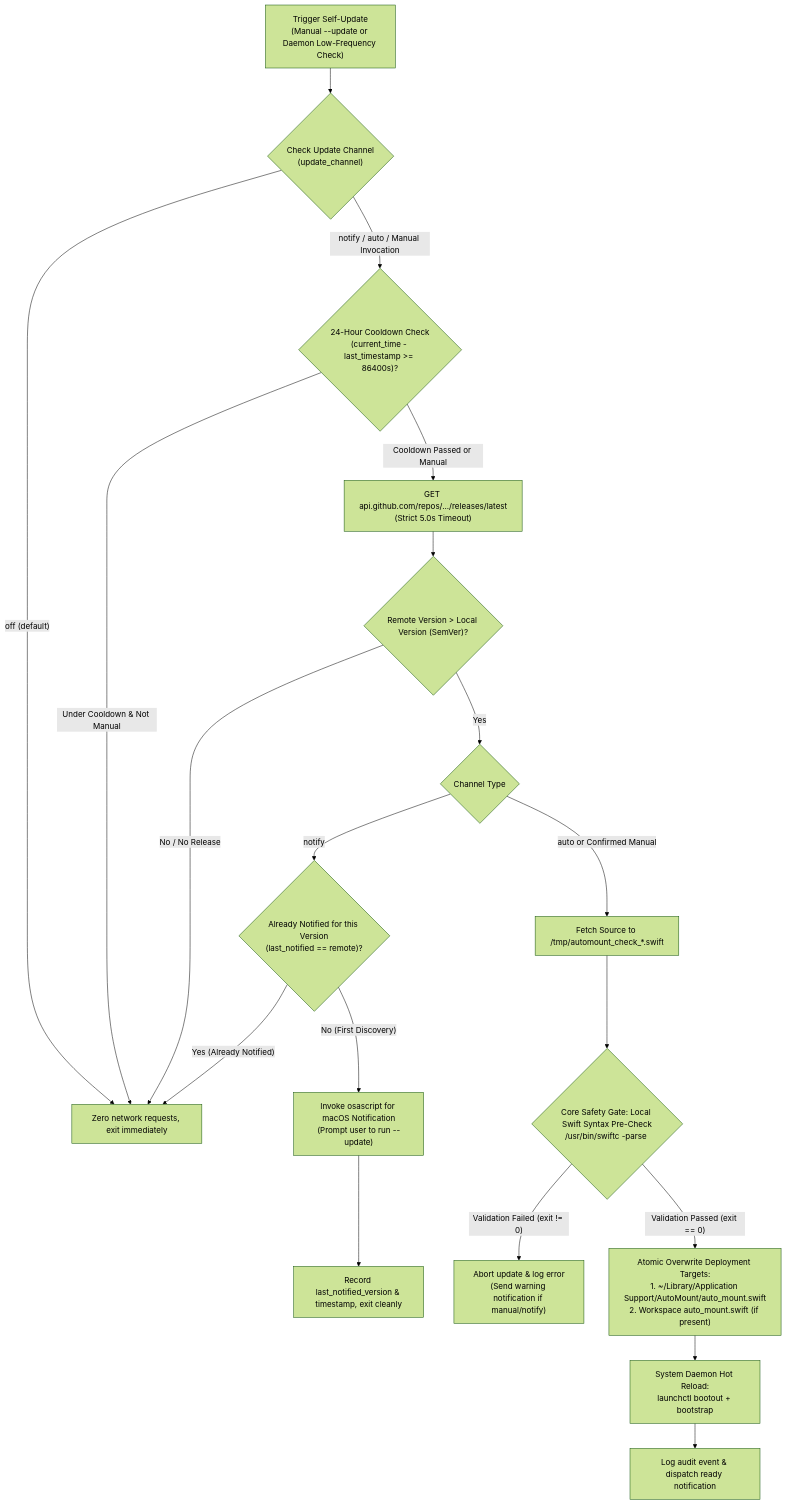
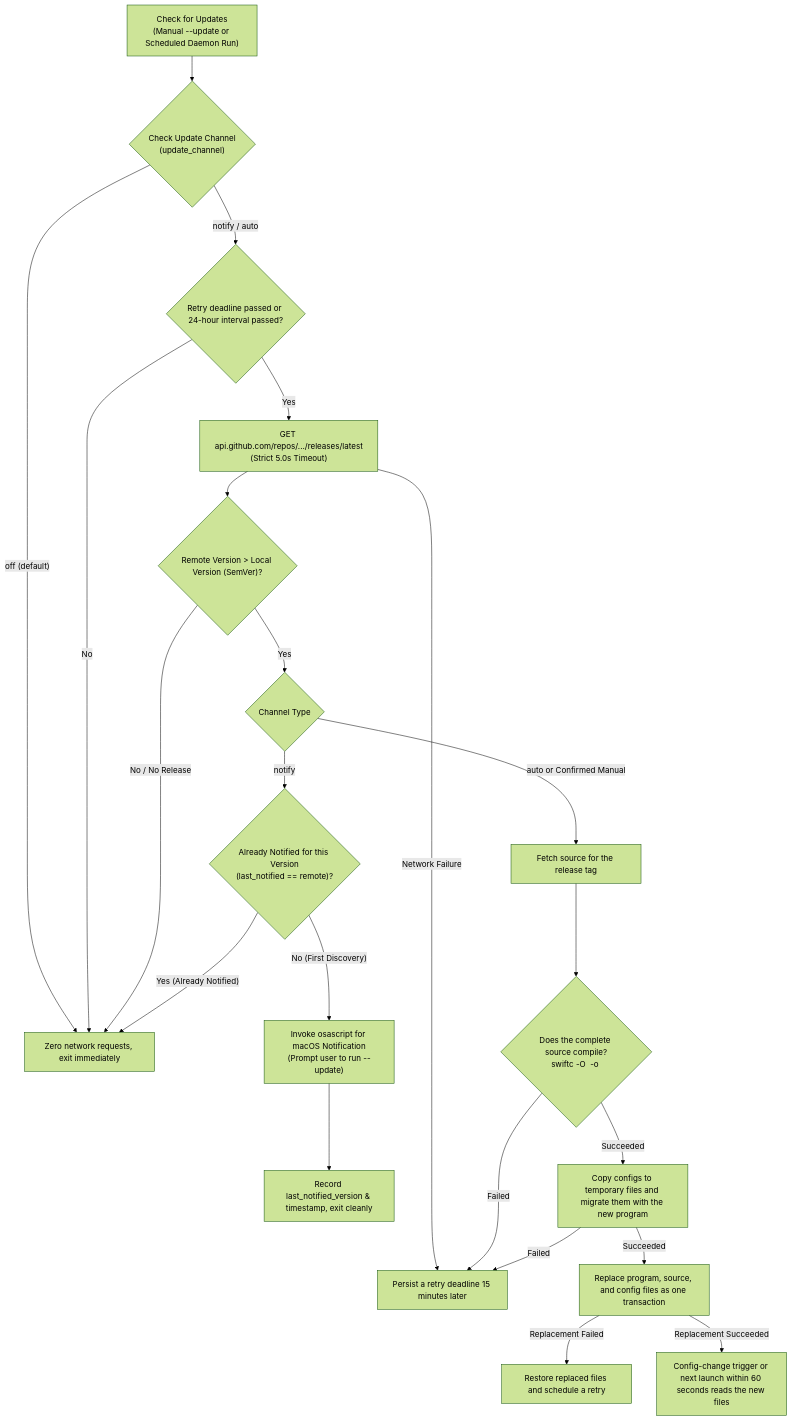
One commit to jiezhengj/automnt changed the second of 3 diagrams in ARCHITECTURE.en.md. Above: the diagram before and after it, drawn with Mermaid (forest theme). The commit also changed other lines of this file and 74 other files, not shown here.

````diff
--- a/ARCHITECTURE.en.md
+++ b/ARCHITECTURE.en.md
@@ -313,27 +203,30 @@
 ```mermaid
 flowchart TD
-    Trigger["Trigger Self-Update\n(Manual --update or Daemon Low-Frequency Check)"] --> CheckChannel{"Check Update Channel\n(update_channel)"}
+    Trigger["Check for Updates\n(Manual --update or Scheduled Daemon Run)"] --> CheckChannel{"Check Update Channel\n(update_channel)"}
     CheckChannel -- "off (default)" --> SkipUpdate["Zero network requests, exit immediately"]
-    CheckChannel -- "notify / auto / Manual Invocation" --> CooldownCheck{"24-Hour Cooldown Check\n(current_time - last_timestamp >= 86400s)?"}
+    CheckChannel -- "notify / auto" --> CooldownCheck{"Retry deadline passed or 24-hour interval passed?"}
     
-    CooldownCheck -- "Under Cooldown & Not Manual" --> SkipUpdate
-    CooldownCheck -- "Cooldown Passed or Manual" --> FetchRelease["GET api.github.com/repos/.../releases/latest\n(Strict 5.0s Timeout)"]
+    CooldownCheck -- "No" --> SkipUpdate
+    CooldownCheck -- "Yes" --> FetchRelease["GET api.github.com/repos/.../releases/latest\n(Strict 5.0s Timeout)"]
     
     FetchRelease --> ParseSemVer{"Remote Version > Local Version (SemVer)?"}
+    FetchRelease -- "Network Failure" --> Retry["Persist a retry deadline 15 minutes later"]
     ParseSemVer -- "No / No Release" --> SkipUpdate
     ParseSemVer -- "Yes" --> ChannelBranch{"Channel Type"}
     
     ChannelBranch -- "notify" --> CheckNotified{"Already Notified for this Version\n(last_notified == remote)?"}
     CheckNotified -- "Yes (Already Notified)" --> SkipUpdate
     CheckNotified -- "No (First Discovery)" --> SendBanner["Invoke osascript for macOS Notification\n(Prompt user to run --update)"]
     SendBanner --> UpdateTimestamp["Record last_notified_version & timestamp, exit cleanly"]
     
-    ChannelBranch -- "auto or Confirmed Manual" --> DownloadSource["Fetch Source to /tmp/automount_check_*.swift"]
-    DownloadSource --> SyntaxGate{"Core Safety Gate: Local Swift Syntax Pre-Check\n/usr/bin/swiftc -parse <temp_file>"}
+    ChannelBranch -- "auto or Confirmed Manual" --> DownloadSource["Fetch source for the release tag"]
+    DownloadSource --> BuildGate{"Does the complete source compile?\nswiftc -O <staged_source> -o <staged_binary>"}
     
-    SyntaxGate -- "Validation Failed (exit != 0)" --> AbortRollback["Abort update & log error\n(Send warning notification if manual/notify)"]
-    SyntaxGate -- "Validation Passed (exit == 0)" --> AtomicDeploy["Atomic Overwrite Deployment Targets:\n1. ~/Library/Application Support/AutoMount/auto_mount.swift\n2. Workspace auto_mount.swift (if present)"]
+    BuildGate -- "Failed" --> Retry
+    BuildGate -- "Succeeded" --> StageConfigs["Copy configs to temporary files and migrate them with the new program"]
     
-    AtomicDeploy --> ServiceReload["System Daemon Hot Reload:\nlaunchctl bootout + bootstrap"]
-    ServiceReload --> Complete["Log audit event & dispatch ready notification"]
+    StageConfigs -- "Failed" --> Retry
+    StageConfigs -- "Succeeded" --> AtomicDeploy["Replace program, source, and config files as one transaction"]
+    AtomicDeploy -- "Replacement Failed" --> Rollback["Restore replaced files and schedule a retry"]
+    AtomicDeploy -- "Replacement Succeeded" --> NextLaunch["Config-change trigger or next launch within 60 seconds reads the new files"]
 ```
````
